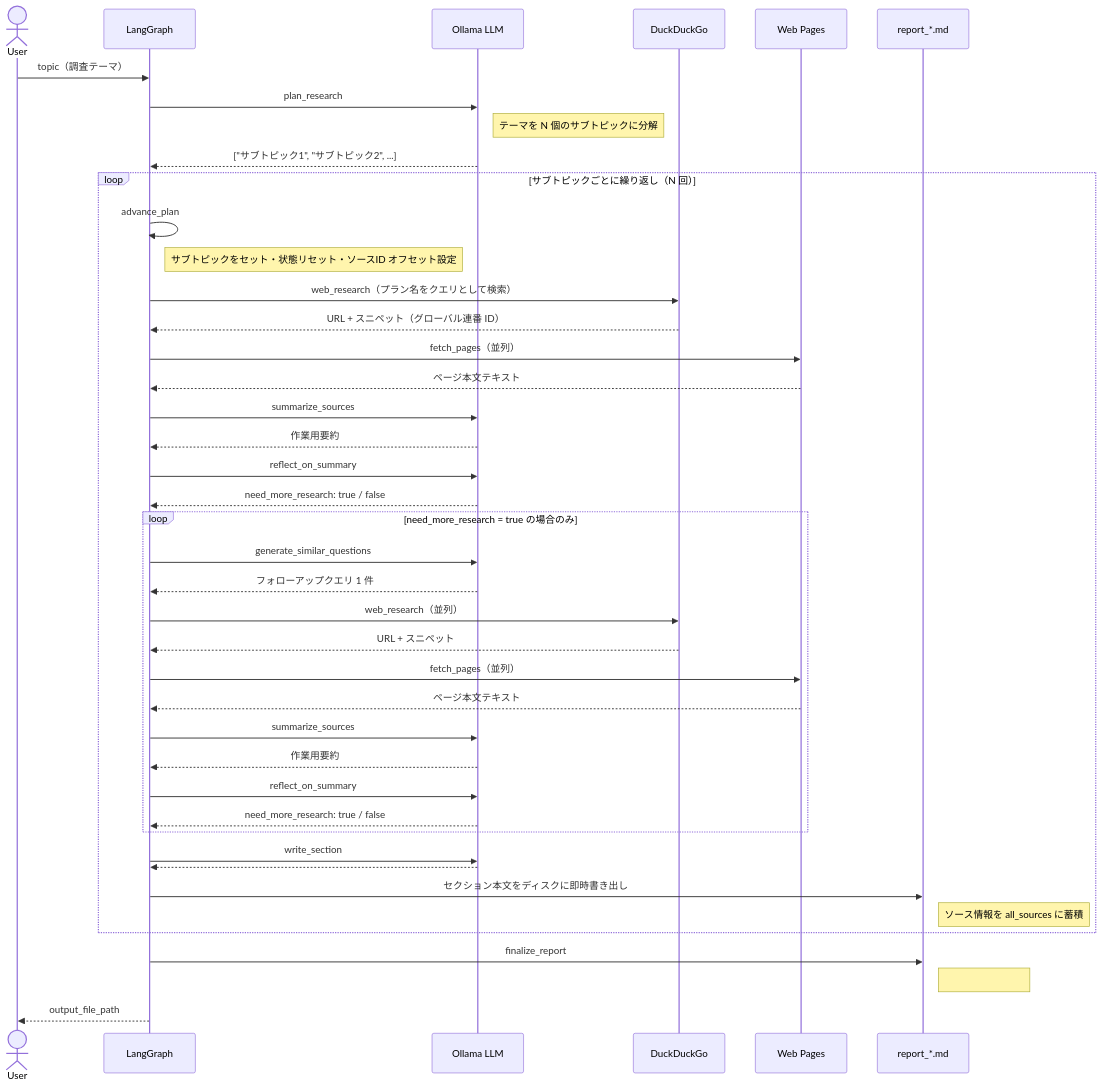
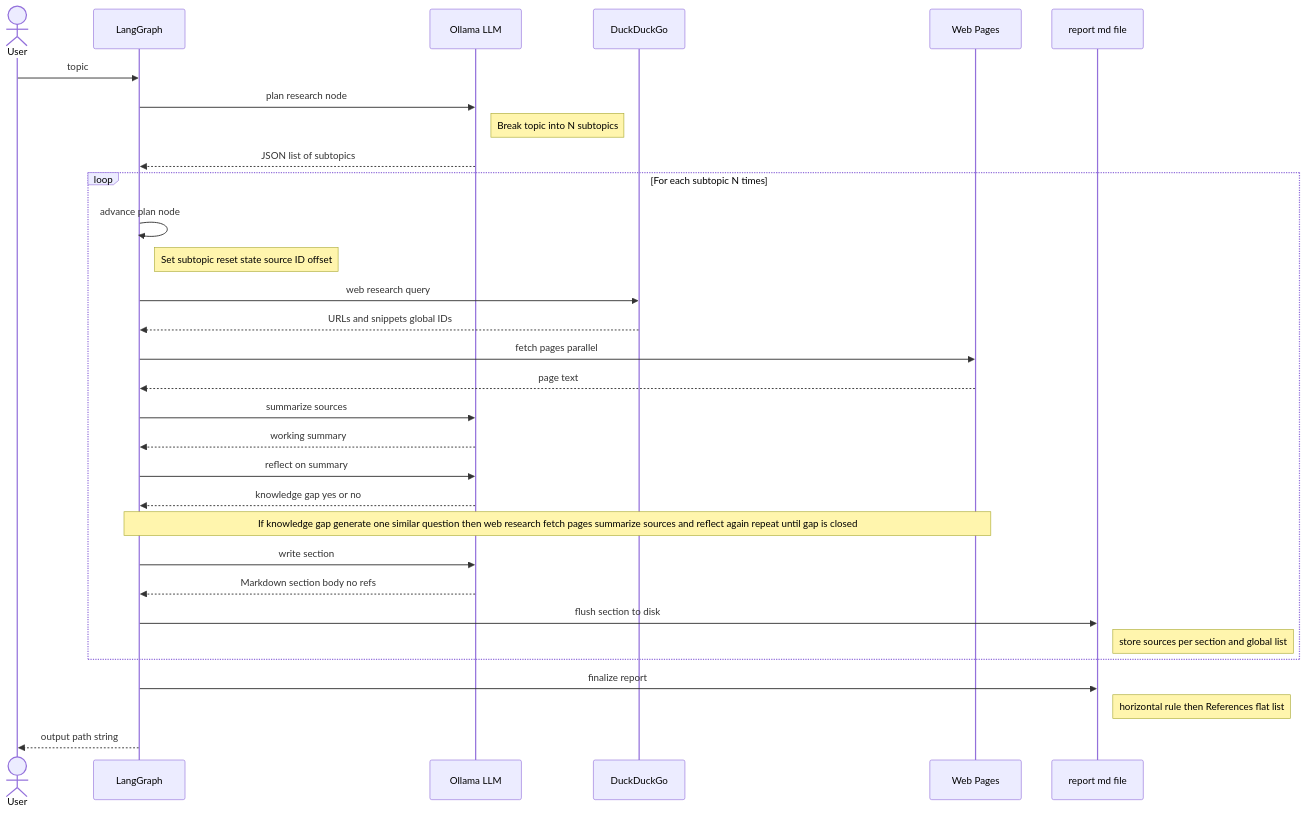
The diagram in README.md (jdd-jaba/deep_research), drawn with Mermaid before and after one commit. The commit also changed other lines of this file and 18 other files, not shown here.

````diff
--- a/README.md
+++ b/README.md
@@ -13,60 +11,45 @@
 ```mermaid
 sequenceDiagram
     actor User
     participant Graph as LangGraph
     participant LLM as Ollama LLM
     participant DDG as DuckDuckGo
     participant Web as Web Pages
-    participant File as report_*.md
+    participant File as report md file
 
-    User->>Graph: topic（調査テーマ）
+    User->>Graph: topic
 
-    Graph->>LLM: plan_research
-    Note right of LLM: テーマを N 個のサブトピックに分解
-    LLM-->>Graph: ["サブトピック1", "サブトピック2", ...]
+    Graph->>LLM: plan research node
+    Note right of LLM: Break topic into N subtopics
+    LLM-->>Graph: JSON list of subtopics
 
-    loop サブトピックごとに繰り返し（N 回）
-        Graph->>Graph: advance_plan
-        Note right of Graph: サブトピックをセット・状態リセット・ソースID オフセット設定
+    loop For each subtopic N times
+        Graph->>Graph: advance plan node
+        Note right of Graph: Set subtopic reset state source ID offset
 
-        Graph->>DDG: web_research（プラン名をクエリとして検索）
-        DDG-->>Graph: URL + スニペット（グローバル連番 ID）
+        Graph->>DDG: web research query
+        DDG-->>Graph: URLs and snippets global IDs
 
-        Graph->>Web: fetch_pages（並列）
-        Web-->>Graph: ページ本文テキスト
+        Graph->>Web: fetch pages parallel
+        Web-->>Graph: page text
 
-        Graph->>LLM: summarize_sources
-        LLM-->>Graph: 作業用要約
+        Graph->>LLM: summarize sources
+        LLM-->>Graph: working summary
 
-        Graph->>LLM: reflect_on_summary
-        LLM-->>Graph: need_more_research: true / false
+        Graph->>LLM: reflect on summary
+        LLM-->>Graph: knowledge gap yes or no
 
-        loop need_more_research = true の場合のみ
-            Graph->>LLM: generate_similar_questions
-            LLM-->>Graph: フォローアップクエリ 1 件
+        Note over Graph,Web: If knowledge gap generate one similar question then web research fetch pages summarize sources and reflect again repeat until gap is closed
 
-            Graph->>DDG: web_research（並列）
-            DDG-->>Graph: URL + スニペット
+        Graph->>LLM: write section
+        LLM-->>Graph: Markdown section body no refs
 
-            Graph->>Web: fetch_pages（並列）
-            Web-->>Graph: ページ本文テキスト
-
-            Graph->>LLM: summarize_sources
-            LLM-->>Graph: 作業用要約
-
-            Graph->>LLM: reflect_on_summary
-            LLM-->>Graph: need_more_research: true / false
-        end
-
-        Graph->>LLM: write_section
-        LLM-->>Graph: ## サブトピック の本文（参考文献なし）
-
-        Graph->>File: セクション本文をディスクに即時書き出し
-        Note right of File: ソース情報を all_sources に蓄積
+        Graph->>File: flush section to disk
+        Note right of File: store sources per section and global list
     end
 
-    Graph->>File: finalize_report
-    Note right of File: ## 参考文献 を末尾に一括追記
+    Graph->>File: finalize report
+    Note right of File: horizontal rule then References flat list
 
-    Graph-->>User: output_file_path
+    Graph-->>User: output path string
 ```
````
